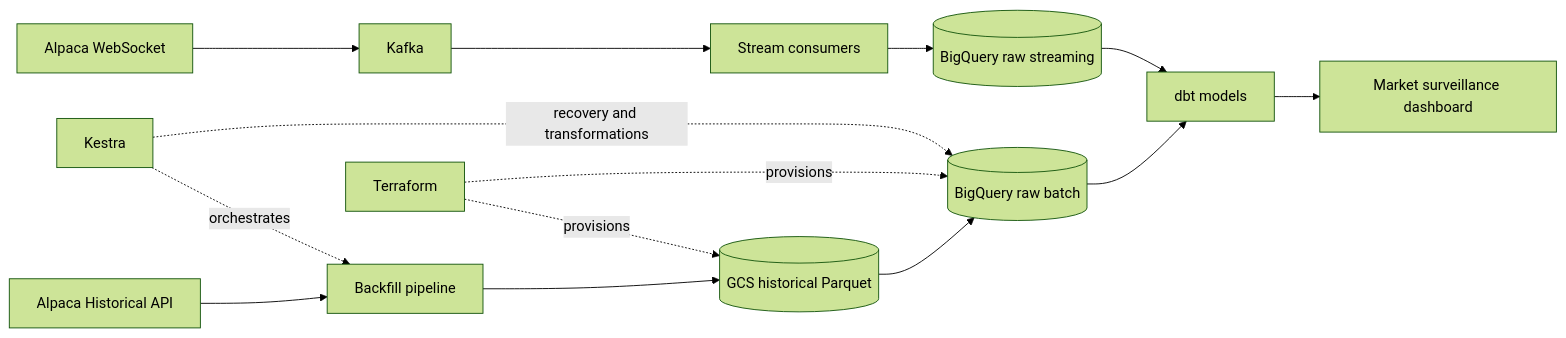
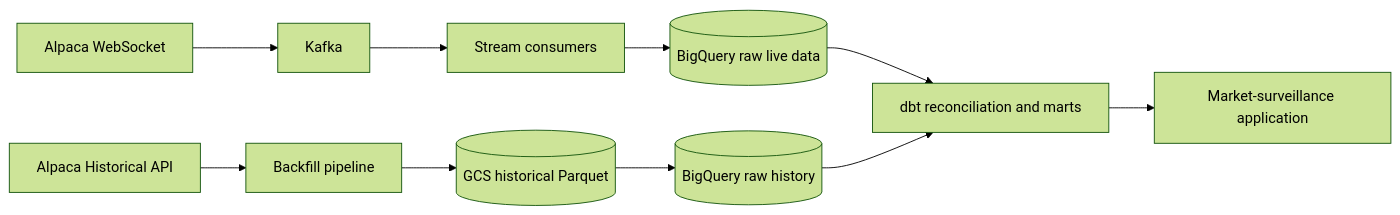
The second of 2 diagrams in README.md (WinotoHasyim/equity-data-platform), drawn with Mermaid (forest theme) before and after one commit. The commit also changed other lines of this file and 2 other files, not shown here.

Commit message:
docs: separate current pipeline from planned architecture

````diff
--- a/README.md
+++ b/README.md
@@ -46,19 +83,14 @@
 ```mermaid
 flowchart LR
     A[Alpaca WebSocket] --> B[Kafka]
     B --> C[Stream consumers]
-    C --> R[(BigQuery raw streaming)]
+    C --> R[(BigQuery raw live data)]
 
     H[Alpaca Historical API] --> I[Backfill pipeline]
     I --> D[(GCS historical Parquet)]
+    D --> E[(BigQuery raw history)]
 
-    D --> E[(BigQuery raw batch)]
-    E --> F[dbt models]
-    R --> F
-    F --> G[Market surveillance dashboard]
-
-    K[Kestra] -. orchestrates .-> I
-    K -. recovery and transformations .-> E
-    T[Terraform] -. provisions .-> D
-    T -. provisions .-> E
+    R --> F[dbt reconciliation and marts]
+    E --> F
+    F --> G[Market-surveillance application]
 ```
````
